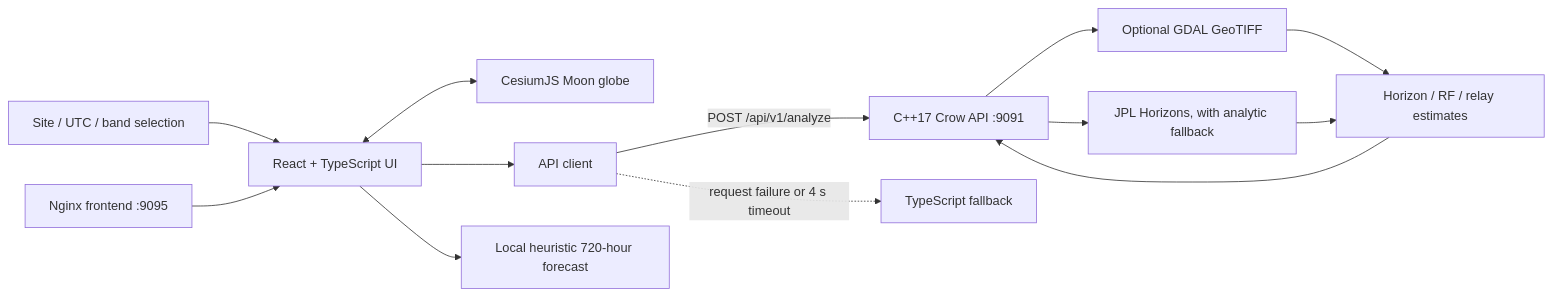
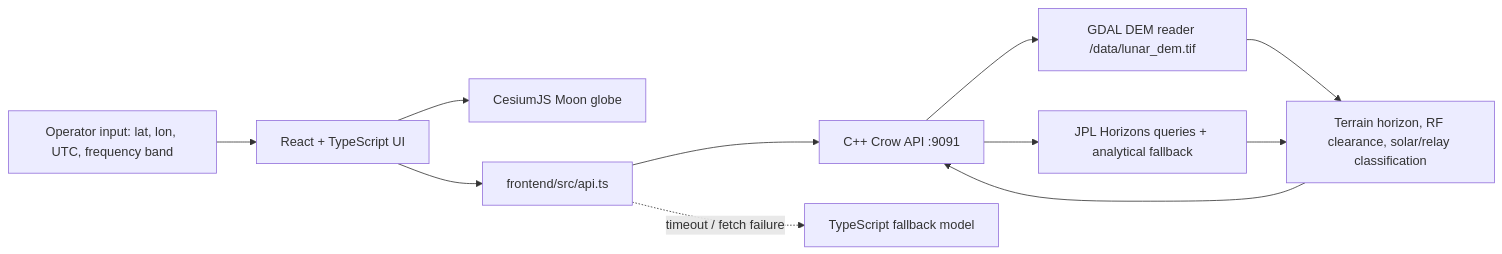
Before and after one commit to Agavrile/lunar-navigator: the diagram in README.md, drawn with Mermaid. The commit also changed other lines of this file, not shown here.

````diff
--- a/README.md
+++ b/README.md
@@ -17,15 +21,13 @@
 ```mermaid
 flowchart LR
-  Operator[Site / UTC / band selection] --> UI[React + TypeScript UI]
-  UI <--> Globe[CesiumJS Moon globe]
-  UI --> Client[API client]
-  Client -->|POST /api/v1/analyze| API[C++17 Crow API :9091]
-  API --> DEM[Optional GDAL GeoTIFF]
-  API --> Ephem[JPL Horizons, with analytic fallback]
-  DEM --> Engine[Horizon / RF / relay estimates]
-  Ephem --> Engine
-  Engine --> API
-  Client -. request failure or 4 s timeout .-> Offline[TypeScript fallback]
-  UI --> Forecast[Local heuristic 720-hour forecast]
-  Nginx[Nginx frontend :9095] --> UI
+    U[Operator input: lat, lon, UTC, frequency band] --> UI[React + TypeScript UI]
+    UI --> G[CesiumJS Moon globe]
+    UI --> C[frontend/src/api.ts]
+    C --> API[C++ Crow API :9091]
+    API --> DEM[GDAL DEM reader /data/lunar_dem.tif]
+    API --> EPH[JPL Horizons queries + analytical fallback]
+    DEM --> ANALYSIS[Terrain horizon, RF clearance, solar/relay classification]
+    EPH --> ANALYSIS
+    ANALYSIS --> API
+    C -. timeout / fetch failure .-> FALLBACK[TypeScript fallback model]
 ```
````
